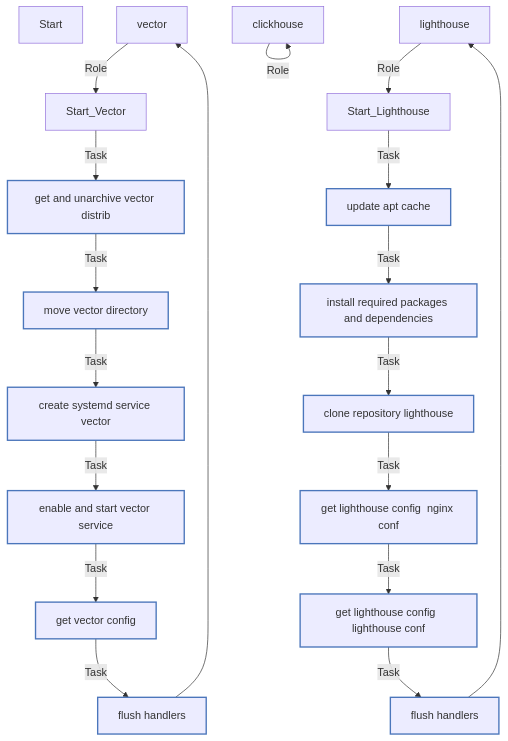
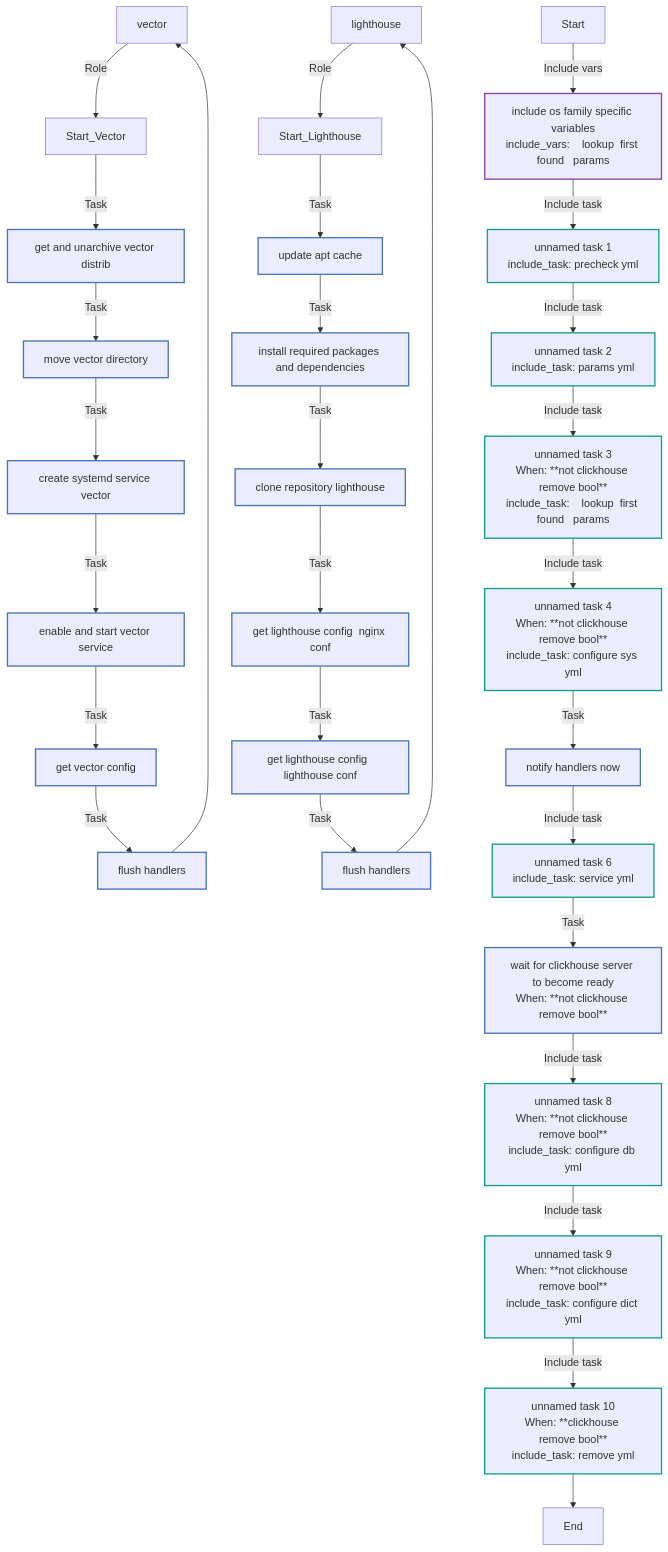
One commit to tvm2360/08-ansible-04-role changed the diagram in README.md. Above: the diagram before and after it, drawn with Mermaid.

Commit message:
Add stage 1

````diff
--- a/README.md
+++ b/README.md
@@ -28,32 +28,42 @@
 ```mermaid
 flowchart TD
-Start
 classDef block stroke:#3498db,stroke-width:2px;
 classDef task stroke:#4b76bb,stroke-width:2px;
 classDef includeTasks stroke:#16a085,stroke-width:2px;
 classDef importTasks stroke:#34495e,stroke-width:2px;
 classDef includeRole stroke:#2980b9,stroke-width:2px;
 classDef importRole stroke:#699ba7,stroke-width:2px;
 classDef includeVars stroke:#8e44ad,stroke-width:2px;
 classDef rescue stroke:#665352,stroke-width:2px;
-
-  clickhouse-->|Role| clickhouse[clickhouse]
 
   vector-->|Role| Start_Vector
   Start_Vector-->|Task| Get_and_Unarchive_vector_distrib0[get and unarchive vector distrib]:::task
   Get_and_Unarchive_vector_distrib0-->|Task| Move_vector_directory1[move vector directory]:::task
   Move_vector_directory1-->|Task| Create_systemd_service_Vector2[create systemd service vector]:::task
   Create_systemd_service_Vector2-->|Task| Enable_and_start_Vector_service3[enable and start vector service]:::task
   Enable_and_start_Vector_service3-->|Task| Get_vector_config4[get vector config]:::task
   Get_vector_config4-->|Task| Flush_handlers5[flush handlers]:::task
   Flush_handlers5-->vector[vector]
 
   lighthouse-->|Role| Start_Lighthouse
   Start_Lighthouse-->|Task| Update_apt_cache0[update apt cache]:::task
   Update_apt_cache0-->|Task| Install_required_packages_and_dependencies1[install required packages and dependencies]:::task
   Install_required_packages_and_dependencies1-->|Task| Clone_repository_lighthouse2[clone repository lighthouse]:::task
   Clone_repository_lighthouse2-->|Task| Get_lighthouse_config__nginx_conf_3[get lighthouse config  nginx conf ]:::task
   Get_lighthouse_config__nginx_conf_3-->|Task| Get_lighthouse_config__lighthouse_conf_4[get lighthouse config  lighthouse conf ]:::task
   Get_lighthouse_config__lighthouse_conf_4-->|Task| Flush_handlers6[flush handlers]:::task
   Flush_handlers6-->lighthouse[lighthouse]
+
+  Start-->|Include vars| ___lookup__first_found___params____0[include os family specific variables<br>include_vars:    lookup  first found   params    ]:::includeVars
+  ___lookup__first_found___params____0-->|Include task| precheck_yml1[unnamed task 1<br>include_task: precheck yml]:::includeTasks
+  precheck_yml1-->|Include task| params_yml2[unnamed task 2<br>include_task: params yml]:::includeTasks
+  params_yml2-->|Include task| ___lookup__first_found___params____3[unnamed task 3<br>When: **not clickhouse remove bool**<br>include_task:    lookup  first found   params    ]:::includeTasks
+  ___lookup__first_found___params____3-->|Include task| configure_sys_yml4[unnamed task 4<br>When: **not clickhouse remove bool**<br>include_task: configure sys yml]:::includeTasks
+  configure_sys_yml4-->|Task| Notify_Handlers_Now5[notify handlers now]:::task
+  Notify_Handlers_Now5-->|Include task| service_yml6[unnamed task 6<br>include_task: service yml]:::includeTasks
+  service_yml6-->|Task| Wait_for_Clickhouse_Server_to_Become_Ready7[wait for clickhouse server to become ready<br>When: **not clickhouse remove bool**]:::task
+  Wait_for_Clickhouse_Server_to_Become_Ready7-->|Include task| configure_db_yml8[unnamed task 8<br>When: **not clickhouse remove bool**<br>include_task: configure db yml]:::includeTasks
+  configure_db_yml8-->|Include task| configure_dict_yml9[unnamed task 9<br>When: **not clickhouse remove bool**<br>include_task: configure dict yml]:::includeTasks
+  configure_dict_yml9-->|Include task| remove_yml10[unnamed task 10<br>When: **clickhouse remove bool**<br>include_task: remove yml]:::includeTasks
+  remove_yml10-->End
 ```
````
